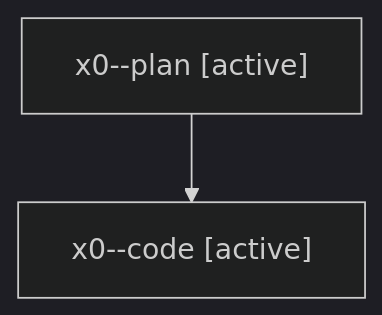
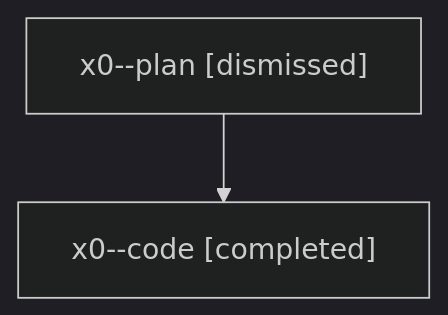
Before and after one commit to sase-org/sase--agents: the diagram in families/bbugyi200.athena.x0.md, drawn with Mermaid (dark theme). The commit also changed other lines of this file and 2170 other files, not shown here.

````diff
--- a/families/bbugyi200.athena.x0.md
+++ b/families/bbugyi200.athena.x0.md
@@ -9,6 +9,6 @@
 ```mermaid
 flowchart TD
-  n0["x0--plan [active]"]
-  n1["x0--code [active]"]
+  n0["x0--plan [dismissed]"]
+  n1["x0--code [completed]"]
   n0 --> n1
 ```
````
